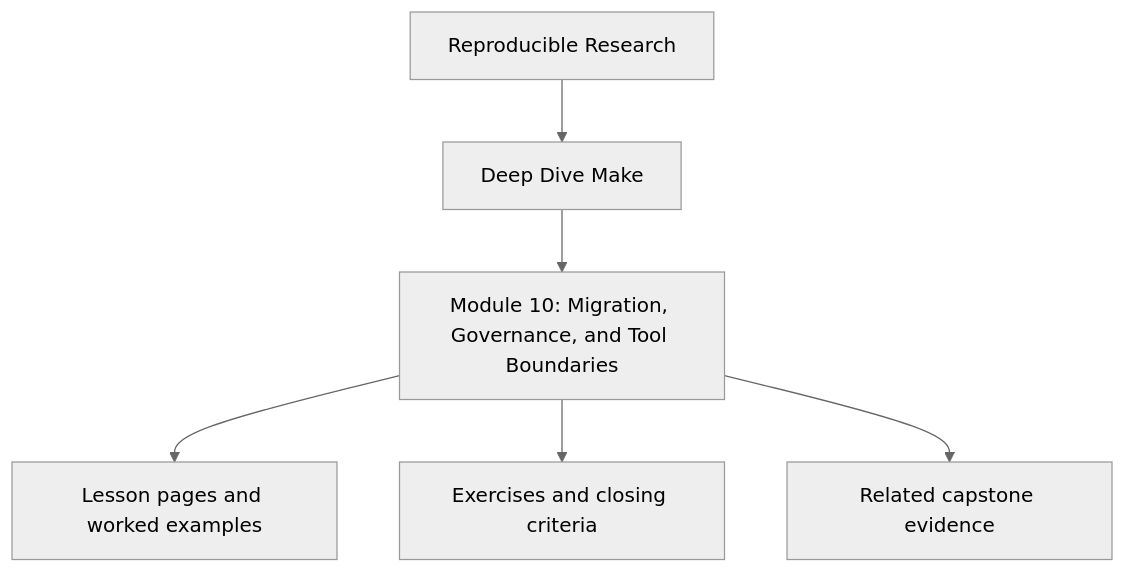
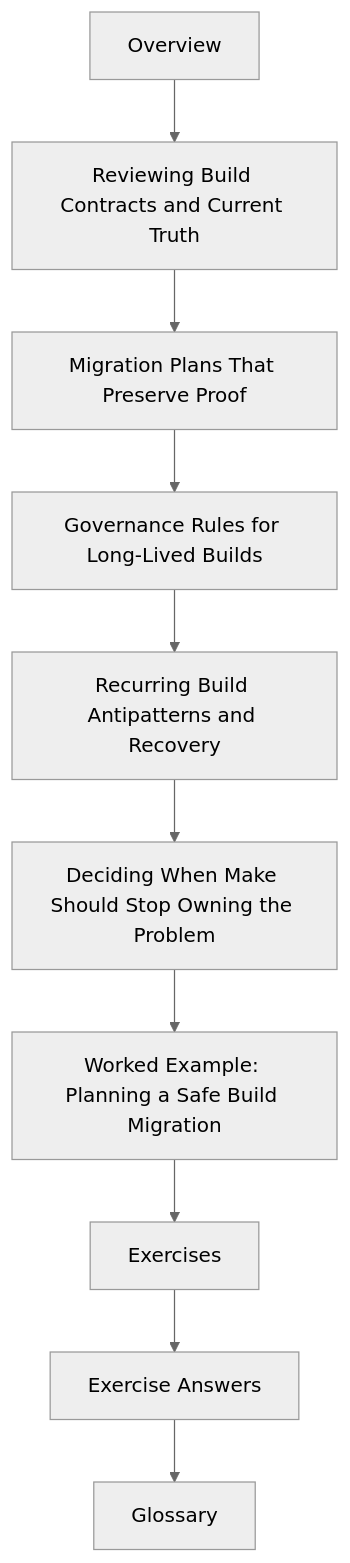
Before and after one commit to bijux/bijux-masterclass: the diagram in programs/reproducible-research/deep-dive-make/course-book/module-10-migration-governance-tool-boundaries/index.md, drawn with Mermaid (neutral theme). The commit also changed other lines of this file and 8 other files, not shown here.

Commit message:
docs(make): establish module 10 course-book structure

````diff
--- a/programs/reproducible-research/deep-dive-make/course-book/module-10-migration-governance-tool-boundaries/index.md
+++ b/programs/reproducible-research/deep-dive-make/course-book/module-10-migration-governance-tool-boundaries/index.md
@@ -9,8 +30,12 @@
 ```mermaid
 flowchart TD
-  family["Reproducible Research"] --> program["Deep Dive Make"]
-  program --> module["Module 10: Migration, Governance, and Tool Boundaries"]
-  module --> lessons["Lesson pages and worked examples"]
-  module --> checkpoints["Exercises and closing criteria"]
-  module --> capstone["Related capstone evidence"]
+  start["Overview"] --> core1["Reviewing Build Contracts and Current Truth"]
+  core1 --> core2["Migration Plans That Preserve Proof"]
+  core2 --> core3["Governance Rules for Long-Lived Builds"]
+  core3 --> core4["Recurring Build Antipatterns and Recovery"]
+  core4 --> core5["Deciding When Make Should Stop Owning the Problem"]
+  core5 --> example["Worked Example: Planning a Safe Build Migration"]
+  example --> practice["Exercises"]
+  practice --> answers["Exercise Answers"]
+  answers --> glossary["Glossary"]
 ```
````
